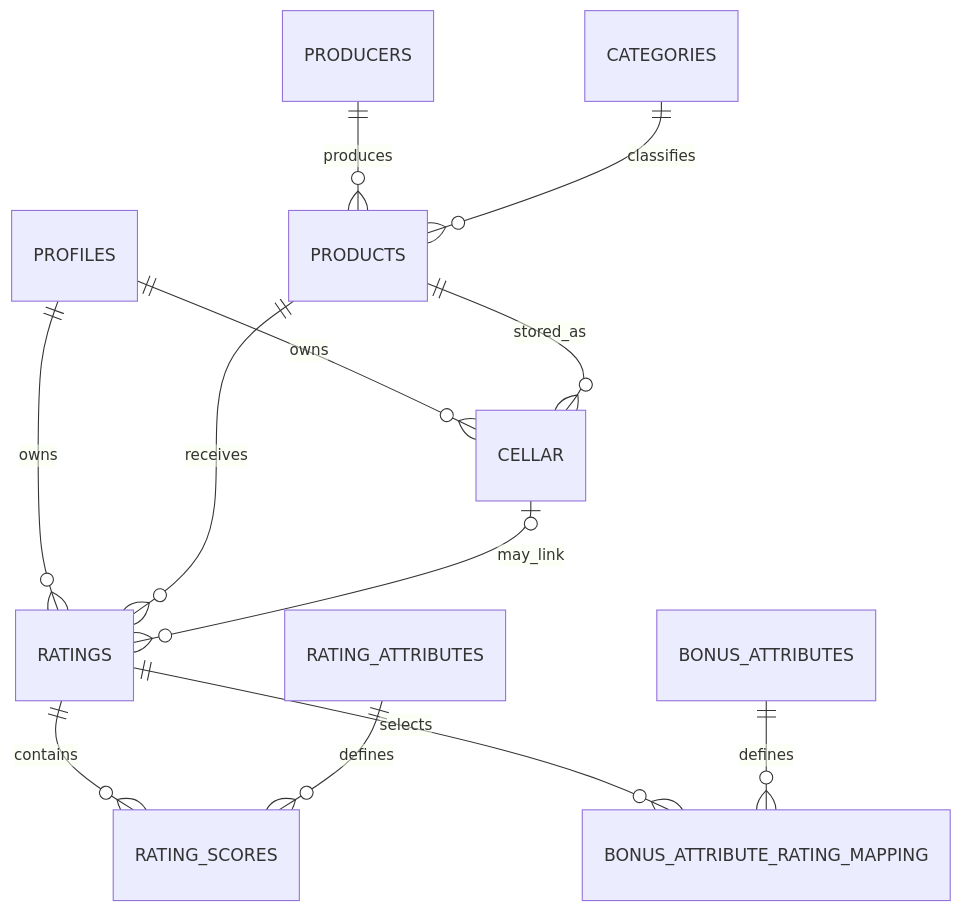
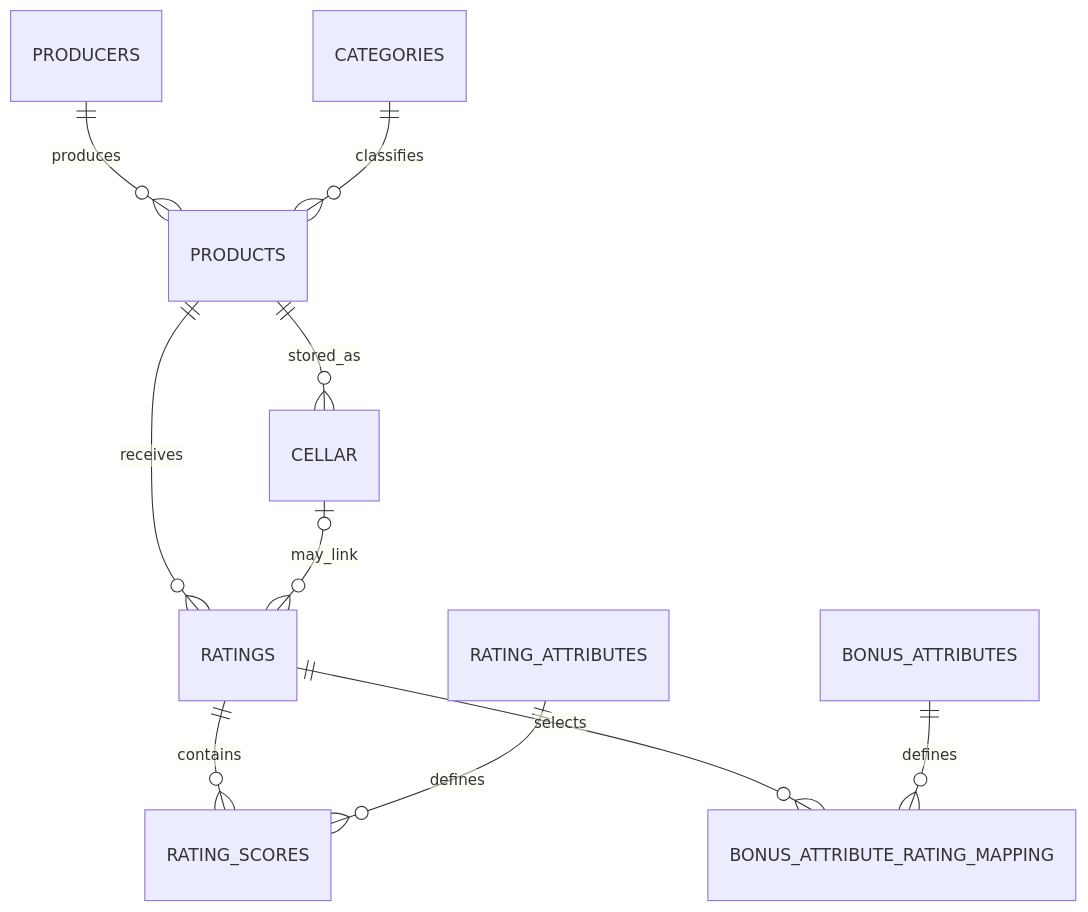
One commit to jeremytheva/pourfolio changed the diagram in docs/nocodebackend/schema-mapping.md. Above: the diagram before and after it, drawn with Mermaid. The commit also changed other lines of this file, not shown here.

````diff
--- a/docs/nocodebackend/schema-mapping.md
+++ b/docs/nocodebackend/schema-mapping.md
@@ -102,14 +106,12 @@
 ```mermaid
 erDiagram
-  PROFILES ||--o{ RATINGS : owns
-  PROFILES ||--o{ CELLAR : owns
   PRODUCERS ||--o{ PRODUCTS : produces
   CATEGORIES ||--o{ PRODUCTS : classifies
   PRODUCTS ||--o{ RATINGS : receives
   PRODUCTS ||--o{ CELLAR : stored_as
   RATINGS ||--o{ RATING_SCORES : contains
   RATING_ATTRIBUTES ||--o{ RATING_SCORES : defines
   RATINGS ||--o{ BONUS_ATTRIBUTE_RATING_MAPPING : selects
   BONUS_ATTRIBUTES ||--o{ BONUS_ATTRIBUTE_RATING_MAPPING : defines
   CELLAR o|--o{ RATINGS : may_link
 ```
````
